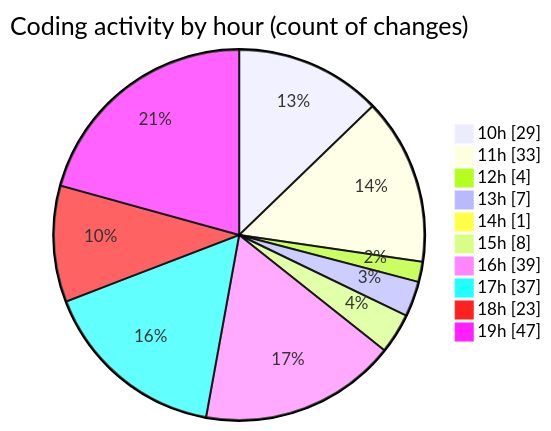
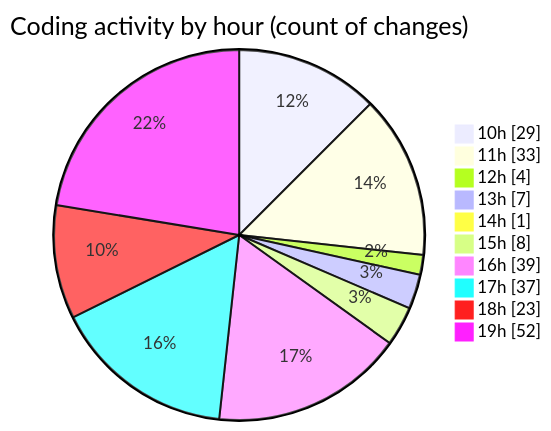
The second of 2 diagrams in 2025-06-05/cda/README.md (momahboobian/code-tracking), drawn with Mermaid before and after one commit. The commit also changed other lines of this file and 1 other file, not shown here.

````diff
--- a/2025-06-05/cda/README.md
+++ b/2025-06-05/cda/README.md
@@ -74,14 +74,14 @@
 ```mermaid
 pie showData
 title Coding activity by hour (count of changes)
 "10h" : 29
 "11h" : 33
 "12h" : 4
 "13h" : 7
 "14h" : 1
 "15h" : 8
 "16h" : 39
 "17h" : 37
 "18h" : 23
-"19h" : 47
+"19h" : 52
 ```
````
